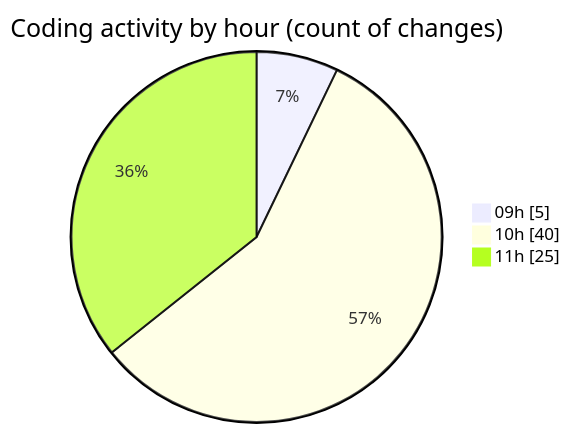
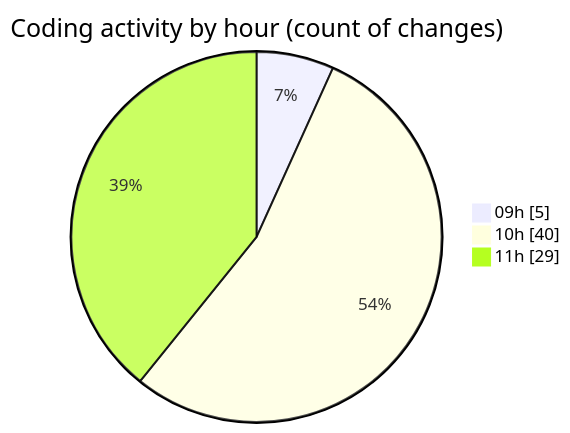
The second of 2 diagrams in 2025-06-02/ecodeli-1/README.md (CELIANVF/code-tracking), drawn with Mermaid before and after one commit. The commit also changed other lines of this file and 1 other file, not shown here.

````diff
--- a/2025-06-02/ecodeli-1/README.md
+++ b/2025-06-02/ecodeli-1/README.md
@@ -73,7 +74,7 @@
 ```mermaid
 pie showData
 title Coding activity by hour (count of changes)
 "09h" : 5
 "10h" : 40
-"11h" : 25
+"11h" : 29
 ```
````
